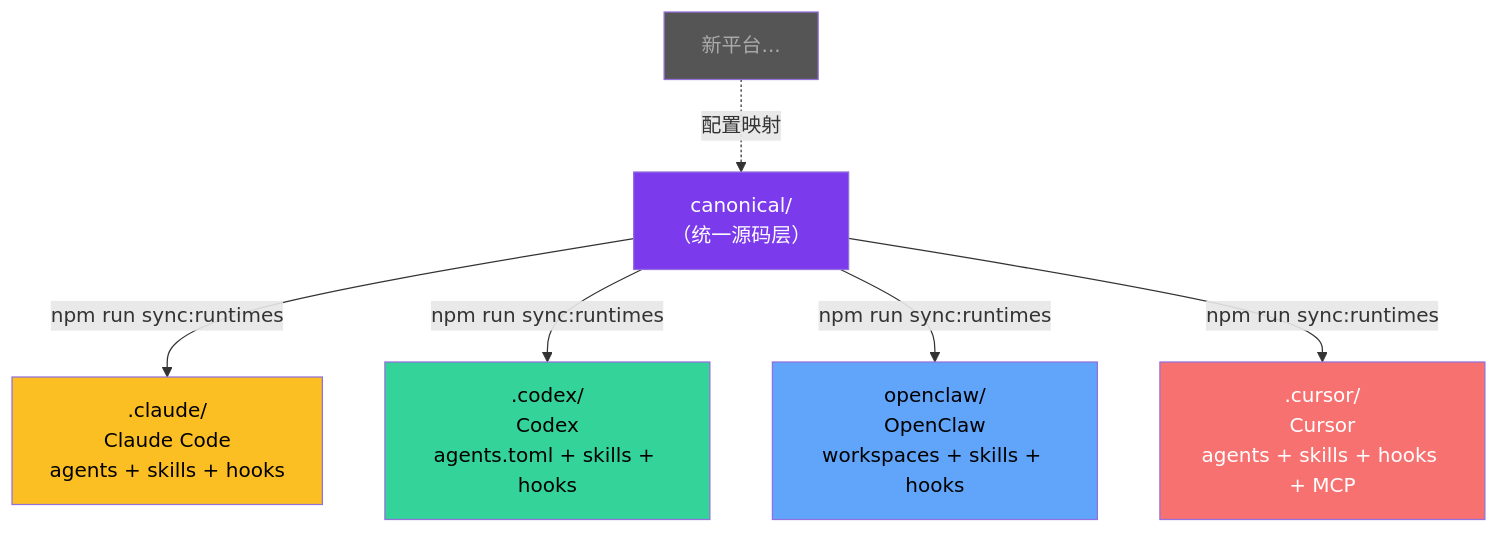
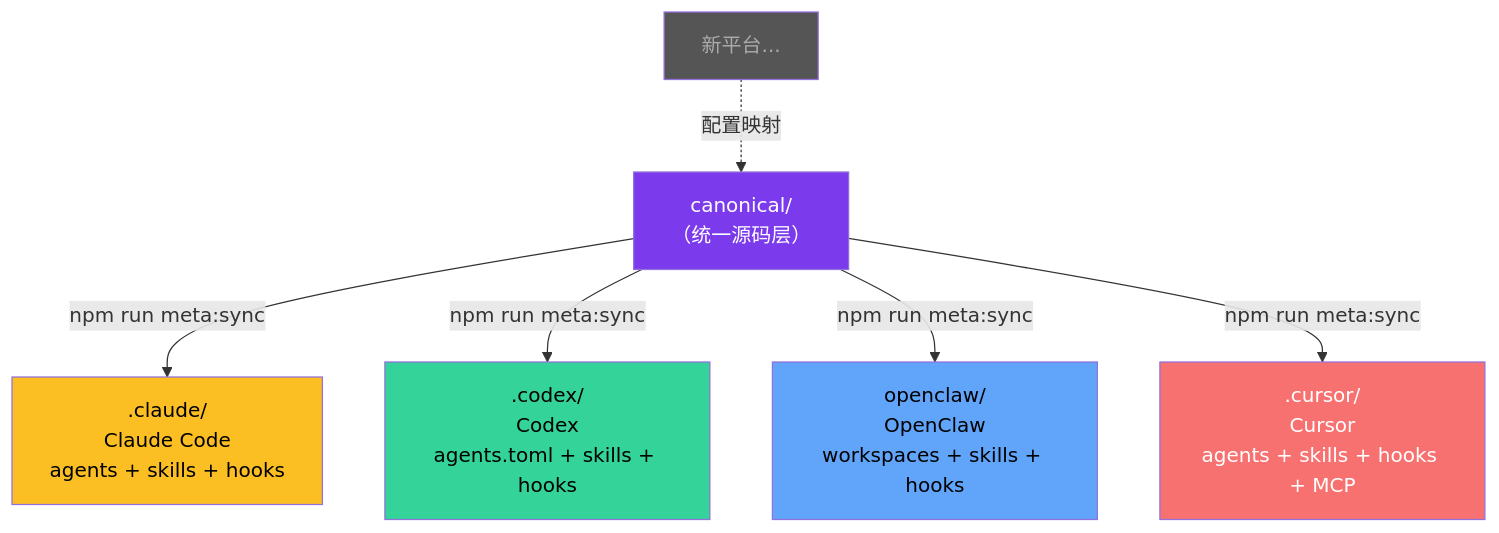
Before and after one commit to LIIDAA/Meta_Kim: the eighth of 9 diagrams in README.zh-CN.md, drawn with Mermaid. The commit also changed other lines of this file and 3 other files, not shown here.

````diff
--- a/README.zh-CN.md
+++ b/README.zh-CN.md
@@ -477,18 +477,18 @@
 ```mermaid
 flowchart TB
     CANONICAL["canonical/<br/>（统一源码层）"]
 
-    CANONICAL --> |npm run sync:runtimes| CLAUDE[".claude/<br/>Claude Code<br/>agents + skills + hooks"]
-    CANONICAL --> |npm run sync:runtimes| CODEX[".codex/<br/>Codex<br/>agents.toml + skills + hooks"]
-    CANONICAL --> |npm run sync:runtimes| OPENCLAW["openclaw/<br/>OpenClaw<br/>workspaces + skills + hooks"]
-    CANONICAL --> |npm run sync:runtimes| CURSOR[".cursor/<br/>Cursor<br/>agents + skills + hooks + MCP"]
+    CANONICAL --> |npm run meta:sync| CLAUDE[".claude/<br/>Claude Code<br/>agents + skills + hooks"]
+    CANONICAL --> |npm run meta:sync| CODEX[".codex/<br/>Codex<br/>agents.toml + skills + hooks"]
+    CANONICAL --> |npm run meta:sync| OPENCLAW["openclaw/<br/>OpenClaw<br/>workspaces + skills + hooks"]
+    CANONICAL --> |npm run meta:sync| CURSOR[".cursor/<br/>Cursor<br/>agents + skills + hooks + MCP"]
 
     NEW[新平台...] -.-> |配置映射| CANONICAL
 
     style CANONICAL fill:#7c3aed,color:#fff
     style CLAUDE fill:#fbbf24,color:#000
     style CODEX fill:#34d399,color:#000
     style OPENCLAW fill:#60a5fa,color:#000
     style CURSOR fill:#f87171,color:#fff
     style NEW fill:#555,color:#aaa
 ```
````
